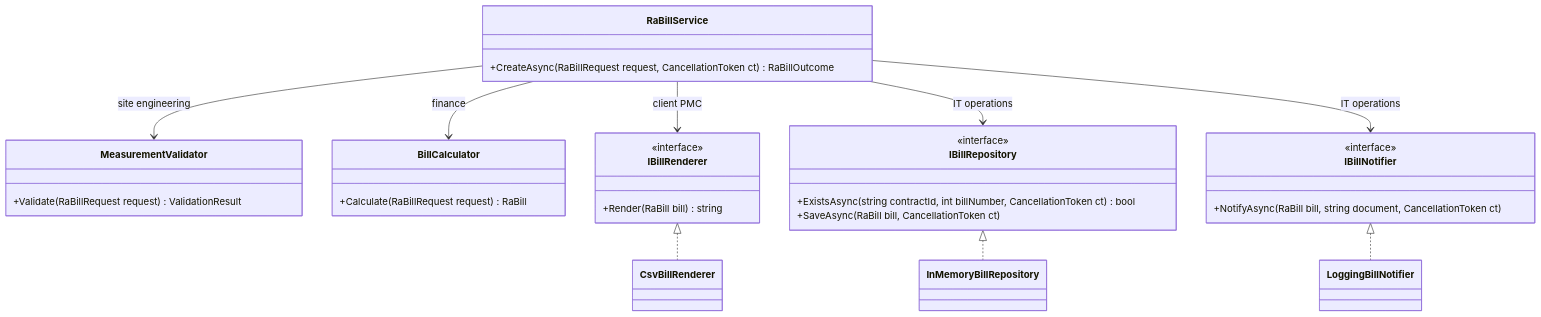
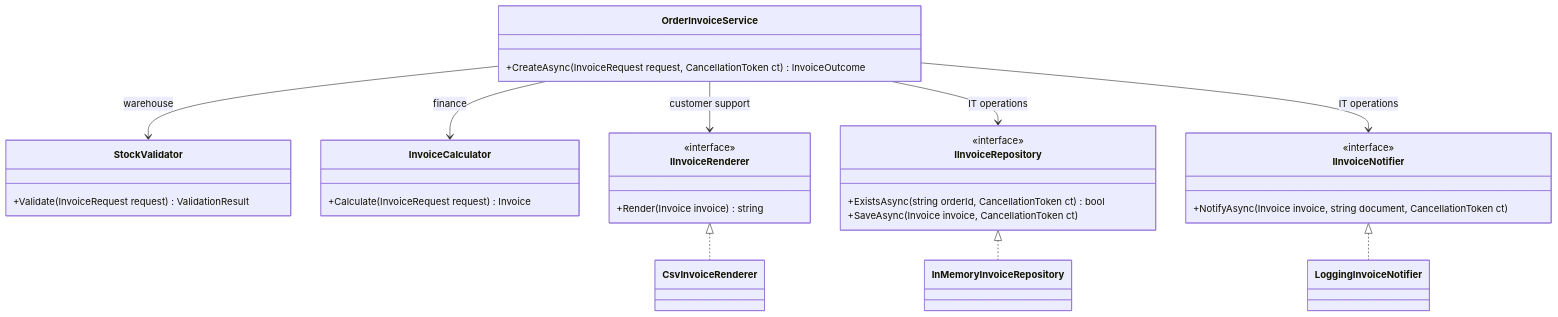
The second of 3 diagrams in content/lessons/m04/m04-srp.md (rizwi0786/system-design-lab), drawn with Mermaid before and after one commit. The commit also changed other lines of this file and 334 other files, not shown here.

````diff
--- a/content/lessons/m04/m04-srp.md
+++ b/content/lessons/m04/m04-srp.md
@@ -120,33 +134,33 @@
 ```mermaid
 classDiagram
-    class RaBillService {
-        +CreateAsync(RaBillRequest request, CancellationToken ct) RaBillOutcome
+    class OrderInvoiceService {
+        +CreateAsync(InvoiceRequest request, CancellationToken ct) InvoiceOutcome
     }
-    class MeasurementValidator {
-        +Validate(RaBillRequest request) ValidationResult
+    class StockValidator {
+        +Validate(InvoiceRequest request) ValidationResult
     }
-    class BillCalculator {
-        +Calculate(RaBillRequest request) RaBill
+    class InvoiceCalculator {
+        +Calculate(InvoiceRequest request) Invoice
     }
-    class IBillRenderer {
+    class IInvoiceRenderer {
         <<interface>>
-        +Render(RaBill bill) string
+        +Render(Invoice invoice) string
     }
-    class IBillRepository {
+    class IInvoiceRepository {
         <<interface>>
-        +ExistsAsync(string contractId, int billNumber, CancellationToken ct) bool
-        +SaveAsync(RaBill bill, CancellationToken ct)
+        +ExistsAsync(string orderId, CancellationToken ct) bool
+        +SaveAsync(Invoice invoice, CancellationToken ct)
     }
-    class IBillNotifier {
+    class IInvoiceNotifier {
         <<interface>>
-        +NotifyAsync(RaBill bill, string document, CancellationToken ct)
+        +NotifyAsync(Invoice invoice, string document, CancellationToken ct)
     }
-    RaBillService --> MeasurementValidator : site engineering
-    RaBillService --> BillCalculator : finance
-    RaBillService --> IBillRenderer : client PMC
-    RaBillService --> IBillRepository : IT operations
-    RaBillService --> IBillNotifier : IT operations
-    IBillRenderer <|.. CsvBillRenderer
-    IBillRepository <|.. InMemoryBillRepository
-    IBillNotifier <|.. LoggingBillNotifier
+    OrderInvoiceService --> StockValidator : warehouse
+    OrderInvoiceService --> InvoiceCalculator : finance
+    OrderInvoiceService --> IInvoiceRenderer : customer support
+    OrderInvoiceService --> IInvoiceRepository : IT operations
+    OrderInvoiceService --> IInvoiceNotifier : IT operations
+    IInvoiceRenderer <|.. CsvInvoiceRenderer
+    IInvoiceRepository <|.. InMemoryInvoiceRepository
+    IInvoiceNotifier <|.. LoggingInvoiceNotifier
 ```
````
